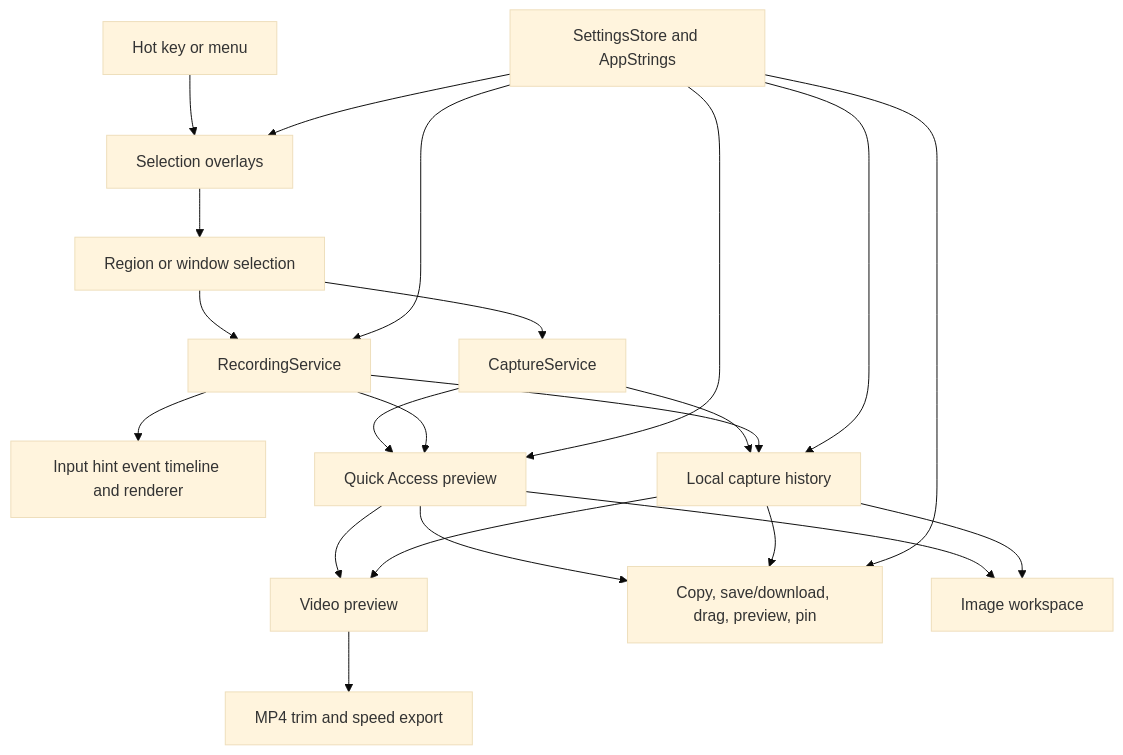
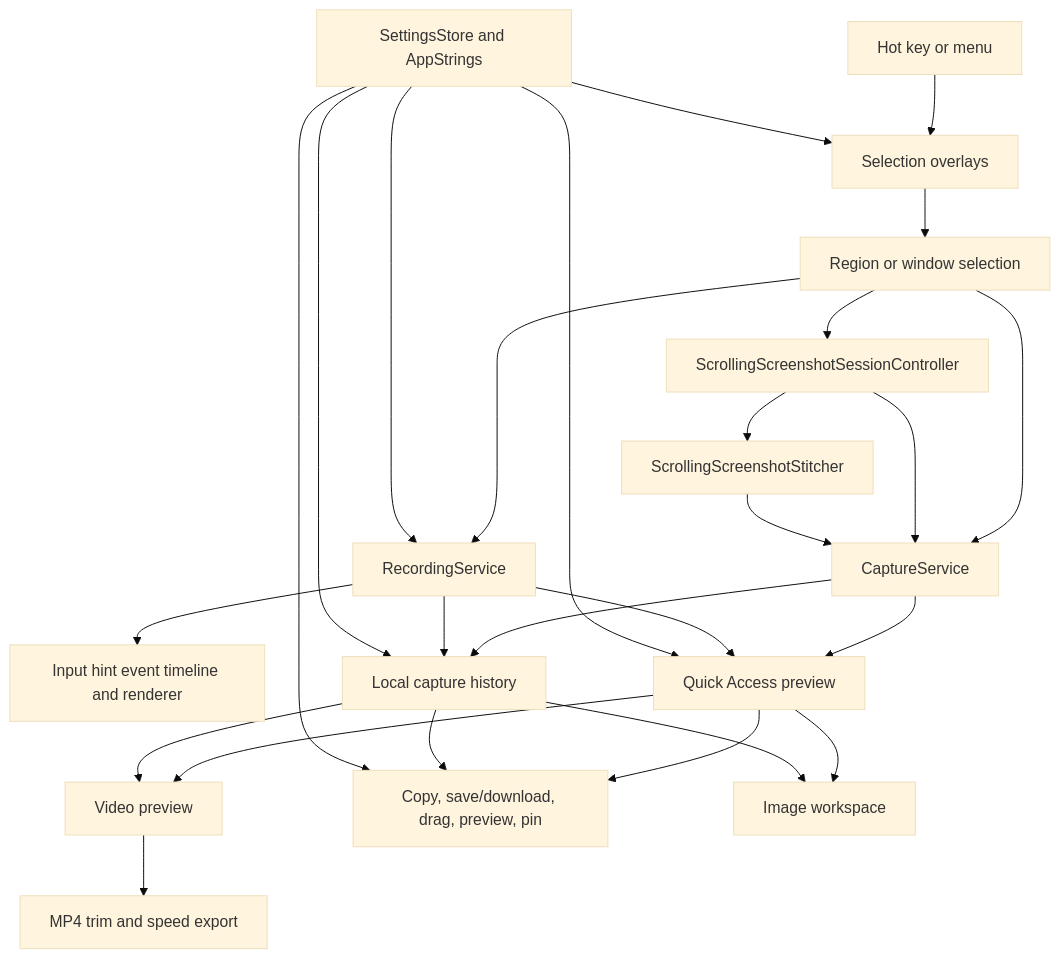
Before and after one commit to deweyou/frame: the diagram in docs/architecture.md, drawn with Mermaid (base theme). The commit also changed other lines of this file and 17 other files, not shown here.

First line of the commit message:
feat: add scrolling screenshot capture (#28)

````diff
--- a/docs/architecture.md
+++ b/docs/architecture.md
@@ -3,24 +3,28 @@
 ```mermaid
 flowchart TD
     HotKey[Hot key or menu] --> Overlay[Selection overlays]
     Overlay --> Selection[Region or window selection]
     Selection --> Capture[CaptureService]
+    Selection --> Scrolling[ScrollingScreenshotSessionController]
+    Scrolling --> Stitching[ScrollingScreenshotStitcher]
+    Scrolling --> Capture
+    Stitching --> Capture
     Selection --> Recording[RecordingService]
     Recording --> InputHints[Input hint event timeline and renderer]
     Capture --> History[Local capture history]
     Capture --> QuickAccess[Quick Access preview]
     Recording --> History
     Recording --> QuickAccess
     QuickAccess --> VideoPreview[Video preview]
     VideoPreview --> VideoEditing[MP4 trim and speed export]
     QuickAccess --> Output[Copy, save/download, drag, preview, pin]
     QuickAccess --> Workspace[Image workspace]
     History --> Workspace
     History --> VideoPreview
     History --> Output
     Settings[SettingsStore and AppStrings] --> Overlay
     Settings --> Recording
     Settings --> QuickAccess
     Settings --> Output
     Settings --> History
 ```
````
